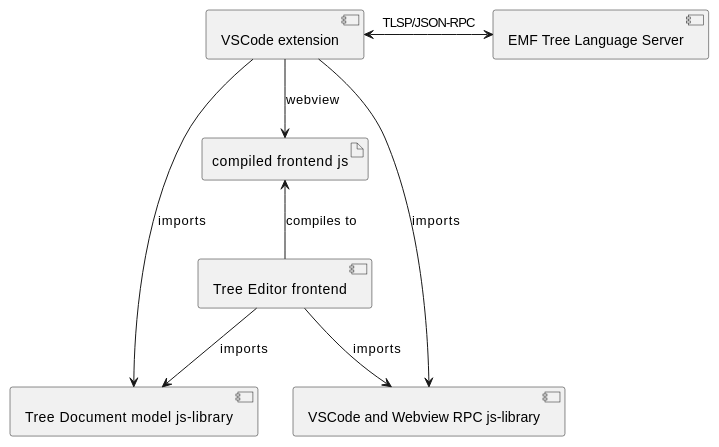
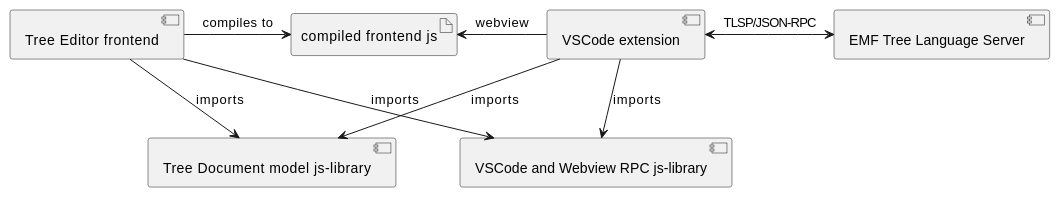
Before and after one commit to krissrex/tdt4900-master-thesis-ecore-tree-editor: the diagram in Readme.md, drawn with PlantUML. The commit also changed other lines of this file, not shown here.

Commit message:
Improve plantuml diagram ordering

````diff
--- a/Readme.md
+++ b/Readme.md
@@ -18,19 +18,19 @@
 ```plantuml
 @startuml
 [Tree Editor frontend] as TEf
 [VSCode extension] as VSCEx
 [EMF Tree Language Server] as TLS
 [Tree Document model js-library] as TDMlib
 [VSCode and Webview RPC js-library] as VSCWVRPC
 
 artifact "compiled frontend js" as cfs
 
-TEf -up-> cfs : compiles to
+TEf -right-> cfs : compiles to
 TEf --> VSCWVRPC : imports
 TEf --> TDMlib : imports
 VSCEx --> VSCWVRPC : imports
 VSCEx --> TDMlib : imports
-VSCEx --> cfs : webview
+VSCEx -left-> cfs : webview
 VSCEx <-> TLS : TLSP/JSON-RPC
 @enduml
 ```
````
